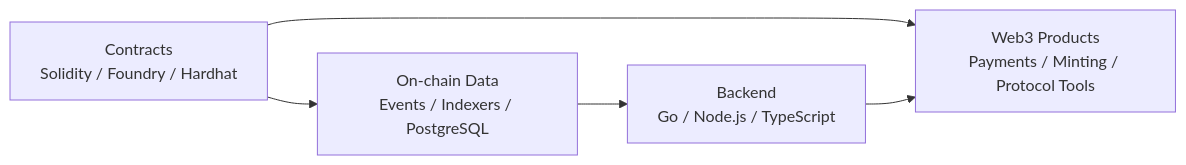
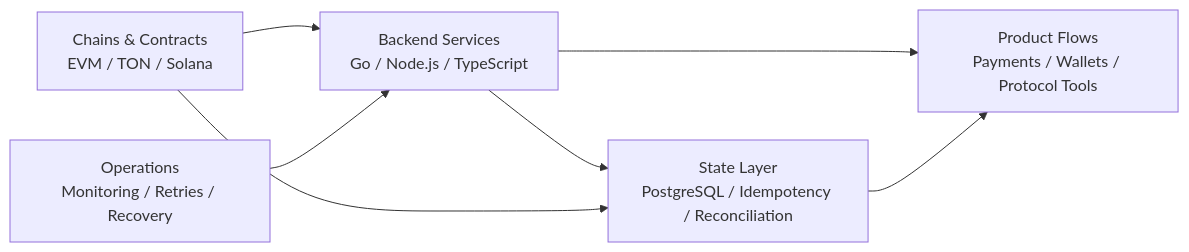
One commit to CornersOfTheCity/CornersOfTheCity changed the diagram in README.md. Above: the diagram before and after it, drawn with Mermaid. The commit also changed other lines of this file, not shown here.

````diff
--- a/README.md
+++ b/README.md
@@ -77,12 +114,15 @@
 ```mermaid
 flowchart LR
-  Contracts["Contracts<br/>Solidity / Foundry / Hardhat"]
-  Backend["Backend<br/>Go / Node.js / TypeScript"]
-  Data["On-chain Data<br/>Events / Indexers / PostgreSQL"]
-  Products["Web3 Products<br/>Payments / Minting / Protocol Tools"]
+  Backend["Backend Services<br/>Go / Node.js / TypeScript"]
+  State["State Layer<br/>PostgreSQL / Idempotency / Reconciliation"]
+  Chains["Chains & Contracts<br/>EVM / TON / Solana"]
+  Products["Product Flows<br/>Payments / Wallets / Protocol Tools"]
+  Ops["Operations<br/>Monitoring / Retries / Recovery"]
 
-  Contracts --> Products
   Backend --> Products
-  Contracts --> Data
-  Data --> Backend
+  Backend --> State
+  Chains --> Backend
+  Chains --> State
+  State --> Products
+  Ops --> Backend
 ```
````
